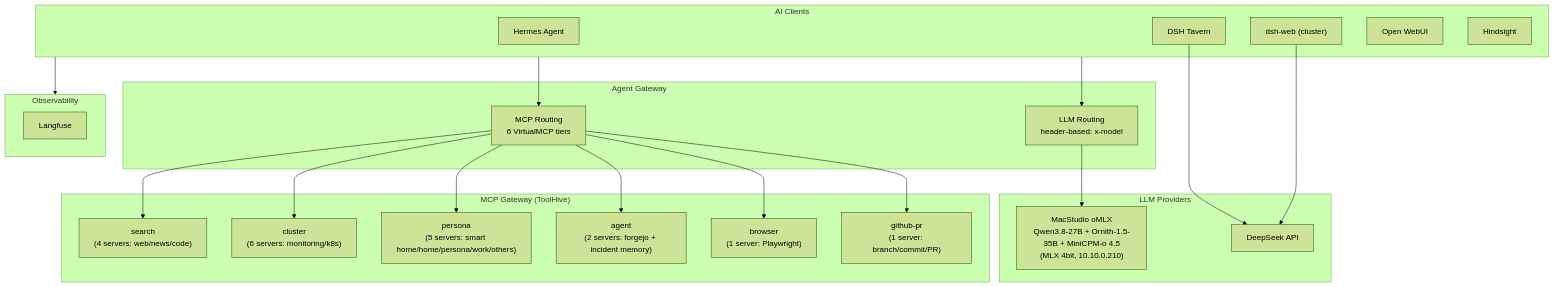
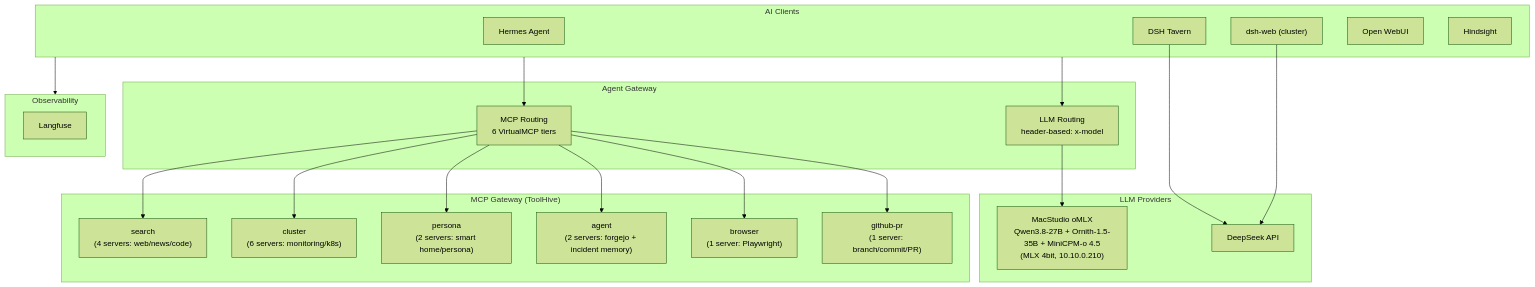
Before and after one commit to soulwhisper/home-ops: the diagram in docs/application/ai.md, drawn with Mermaid (forest theme). The commit also changed other lines of this file and 19 other files, not shown here.

````diff
--- a/docs/application/ai.md
+++ b/docs/application/ai.md
@@ -8,46 +8,46 @@
 ```mermaid
 flowchart TB
     subgraph Clients["AI Clients"]
         Hermes["Hermes Agent"]
         Tavern["DSH Tavern"]
         DSHW["dsh-web (cluster)"]
         OWUI["Open WebUI"]
         HS["Hindsight"]
     end
 
     subgraph Gateway["Agent Gateway"]
         AG-LLM["LLM Routing<br/>header-based: x-model"]
         AG-MCP["MCP Routing<br/>6 VirtualMCP tiers"]
     end
 
     subgraph LLM["LLM Providers"]
         Studio["MacStudio oMLX<br/>Qwen3.8-27B + Ornith-1.5-35B + MiniCPM-o 4.5<br/>(MLX 4bit, 10.10.0.210)"]
         External["DeepSeek API"]
     end
 
     subgraph MCP["MCP Gateway (ToolHive)"]
         VMCP-SEARCH["search<br/>(4 servers: web/news/code)"]
         VMCP-CLUSTER["cluster<br/>(6 servers: monitoring/k8s)"]
-        VMCP-HOME["persona<br/>(5 servers: smart home/home/persona/work/others)"]
+        VMCP-HOME["persona<br/>(2 servers: smart home/persona)"]
         VMCP-AGENT["agent<br/>(2 servers: forgejo + incident memory)"]
         VMCP-BROWSER["browser<br/>(1 server: Playwright)"]
         VMCP-GITHUBPR["github-pr<br/>(1 server: branch/commit/PR)"]
     end
 
     subgraph Obs["Observability"]
         Langfuse["Langfuse"]
     end
 
     Clients --> AG-LLM
     Clients --> AG-MCP
     AG-LLM --> Studio
     AG-MCP --> VMCP-SEARCH
     AG-MCP --> VMCP-CLUSTER
     AG-MCP --> VMCP-HOME
     AG-MCP --> VMCP-AGENT
     AG-MCP --> VMCP-BROWSER
     AG-MCP --> VMCP-GITHUBPR
     Tavern --> External
     DSHW --> External
     Clients --> Obs
 ```
````
